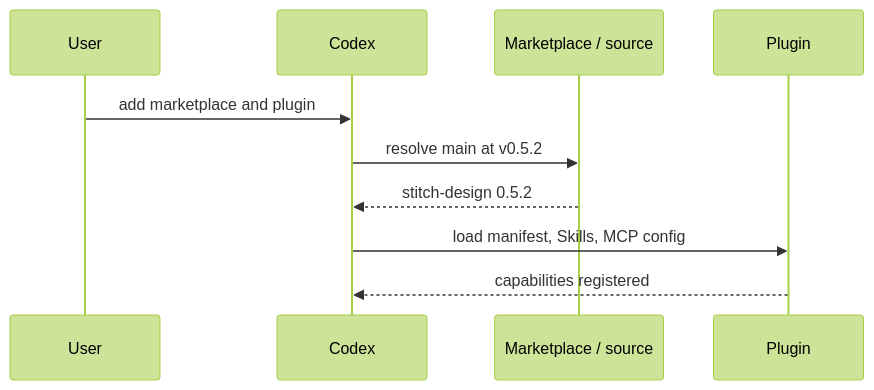
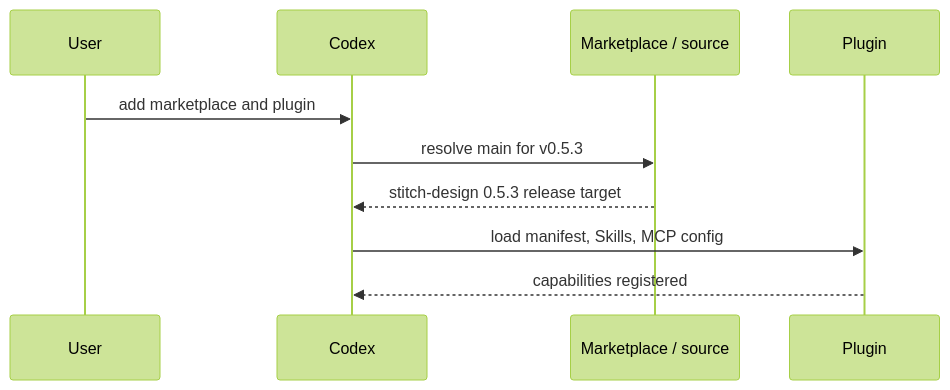
One commit to full-stack-plugins/stitch-design-plugin changed the seventh of 11 diagrams in docs/Stitch-Design-Architecture.md. Above: the diagram before and after it, drawn with Mermaid (forest theme). The commit also changed other lines of this file and 12 other files, not shown here.

Commit message:
chore: prepare Stitch Design 0.5.3

````diff
--- a/docs/Stitch-Design-Architecture.md
+++ b/docs/Stitch-Design-Architecture.md
@@ -160,12 +160,12 @@
 ```mermaid
 sequenceDiagram
     participant U as User
     participant C as Codex
     participant M as Marketplace / source
     participant P as Plugin
     U->>C: add marketplace and plugin
-    C->>M: resolve main at v0.5.2
-    M-->>C: stitch-design 0.5.2
+    C->>M: resolve main for v0.5.3
+    M-->>C: stitch-design 0.5.3 release target
     C->>P: load manifest, Skills, MCP config
     P-->>C: capabilities registered
 ```
````
